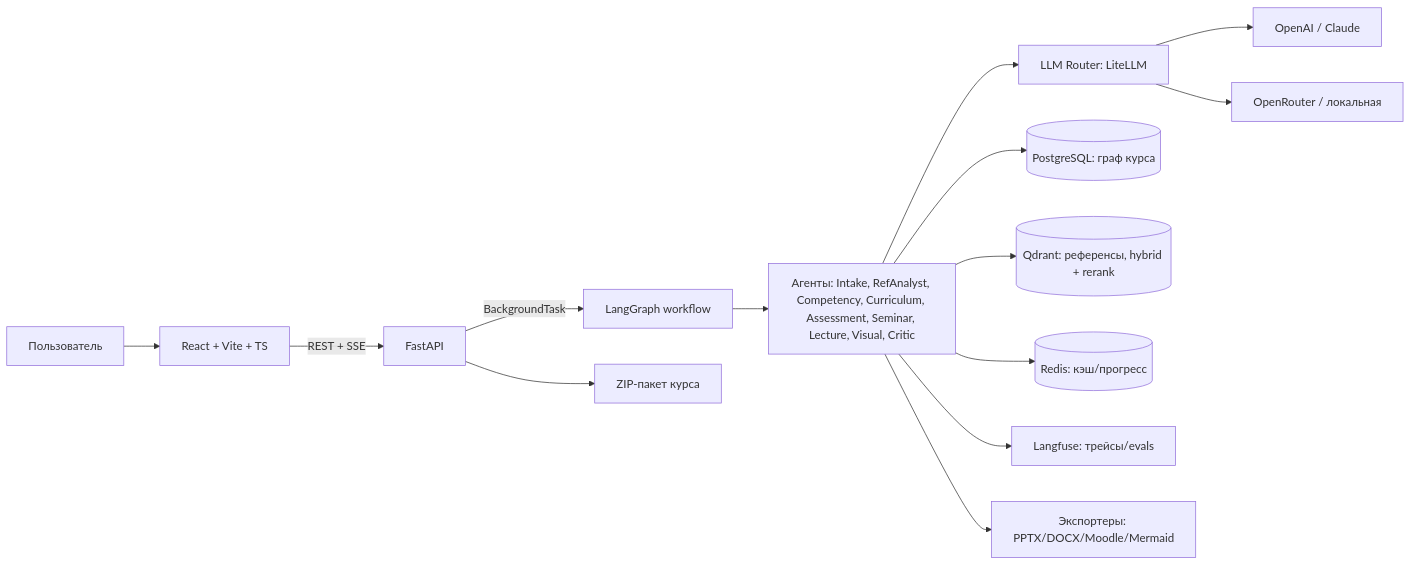
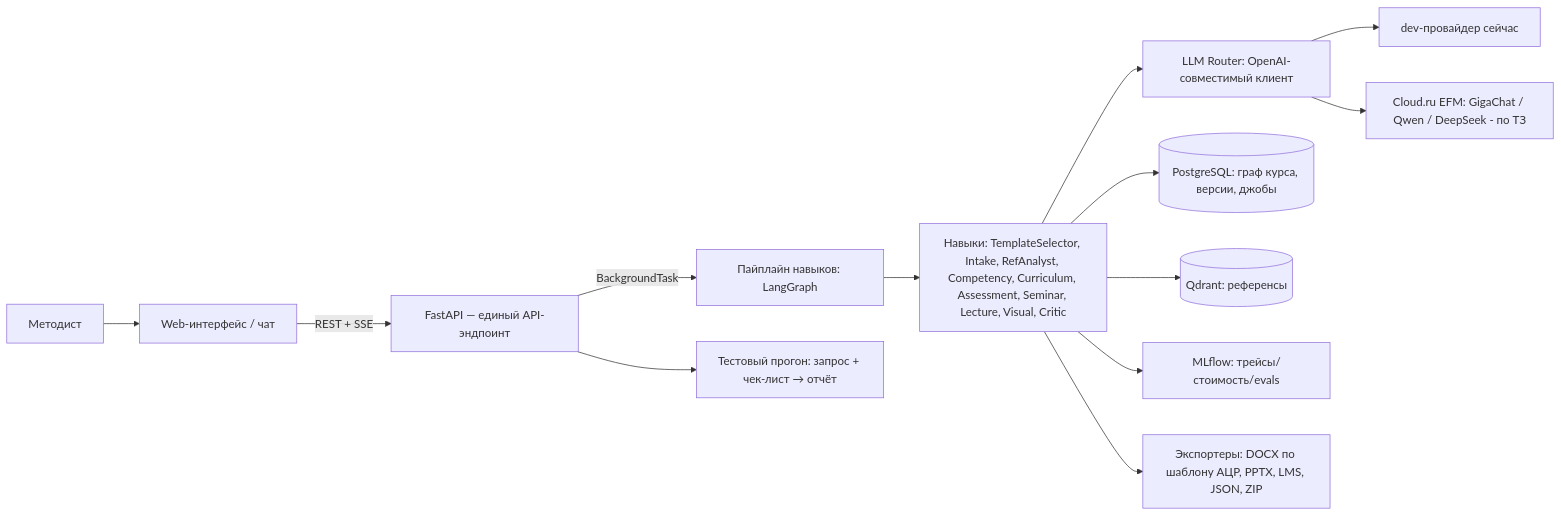
Before and after one commit to kostIT13/ai-agent-create-educational-programs: the first of 2 diagrams in workflows/plan.md, drawn with Mermaid. The commit also changed other lines of this file and 5 other files, not shown here.

````diff
--- a/workflows/plan.md
+++ b/workflows/plan.md
@@ -135,16 +274,15 @@
 ```mermaid
 flowchart LR
-    U[Пользователь] --> FE[React + Vite + TS]
-    FE -->|REST + SSE| API[FastAPI]
-    API -->|BackgroundTask| LG[LangGraph workflow]
-    LG --> AGENTS[Агенты: Intake, RefAnalyst, Competency, Curriculum, Assessment, Seminar, Lecture, Visual, Critic]
-    AGENTS --> LLM[LLM Router: LiteLLM]
-    LLM --> P1[OpenAI / Claude]
-    LLM --> P2[OpenRouter / локальная]
-    AGENTS --> PG[(PostgreSQL: граф курса)]
-    AGENTS --> QD[(Qdrant: референсы, hybrid + rerank)]
-    AGENTS --> RD[(Redis: кэш/прогресс)]
-    AGENTS --> LF[Langfuse: трейсы/evals]
-    AGENTS --> EXP[Экспортеры: PPTX/DOCX/Moodle/Mermaid]
-    API --> ZIP[ZIP-пакет курса]
+    U[Методист] --> FE[Web-интерфейс / чат]
+    FE -->|REST + SSE| API[FastAPI — единый API-эндпоинт]
+    API -->|BackgroundTask| WF[Пайплайн навыков: LangGraph]
+    WF --> SK[Навыки: TemplateSelector, Intake, RefAnalyst, Competency, Curriculum, Assessment, Seminar, Lecture, Visual, Critic]
+    SK --> LLM[LLM Router: OpenAI-совместимый клиент]
+    LLM --> P1[dev-провайдер сейчас]
+    LLM --> P2[Cloud.ru EFM: GigaChat / Qwen / DeepSeek - по ТЗ]
+    SK --> PG[(PostgreSQL: граф курса, версии, джобы)]
+    SK --> QD[(Qdrant: референсы)]
+    SK --> ML[MLflow: трейсы/стоимость/evals]
+    SK --> EXP[Экспортеры: DOCX по шаблону АЦР, PPTX, LMS, JSON, ZIP]
+    API --> TG[Тестовый прогон: запрос + чек-лист → отчёт]
 ```
````
